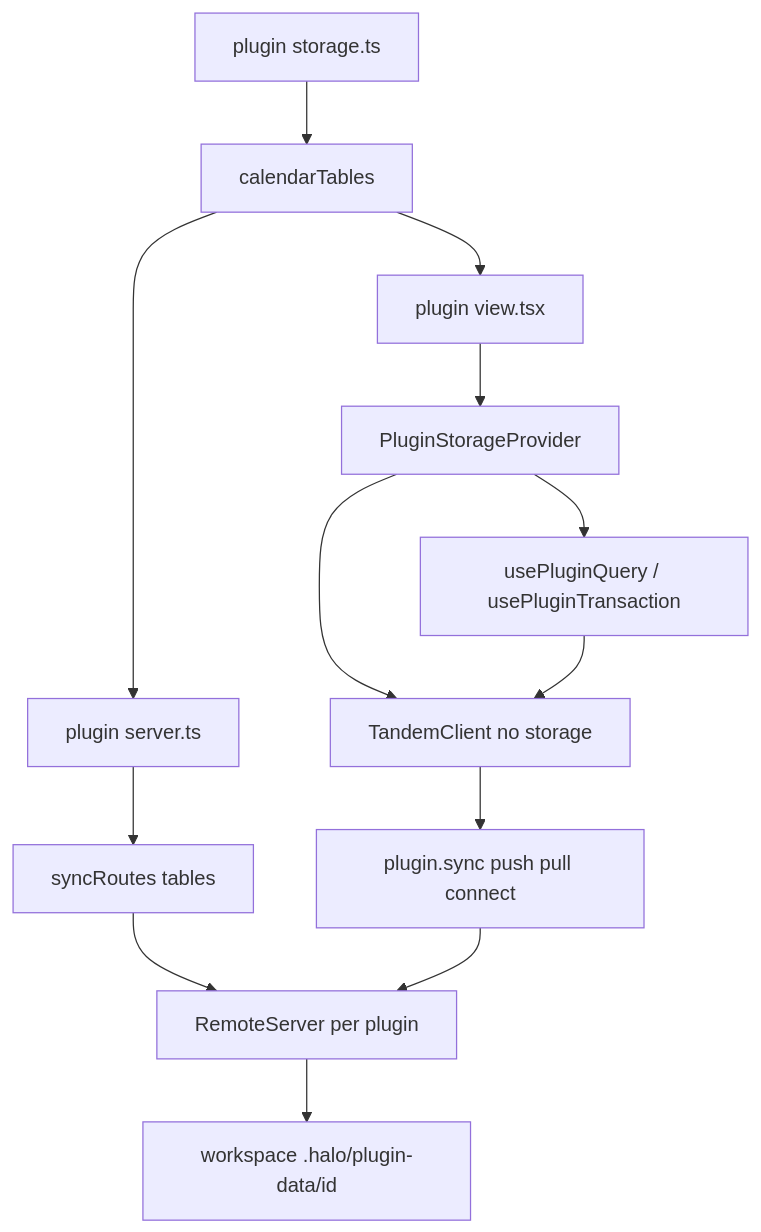
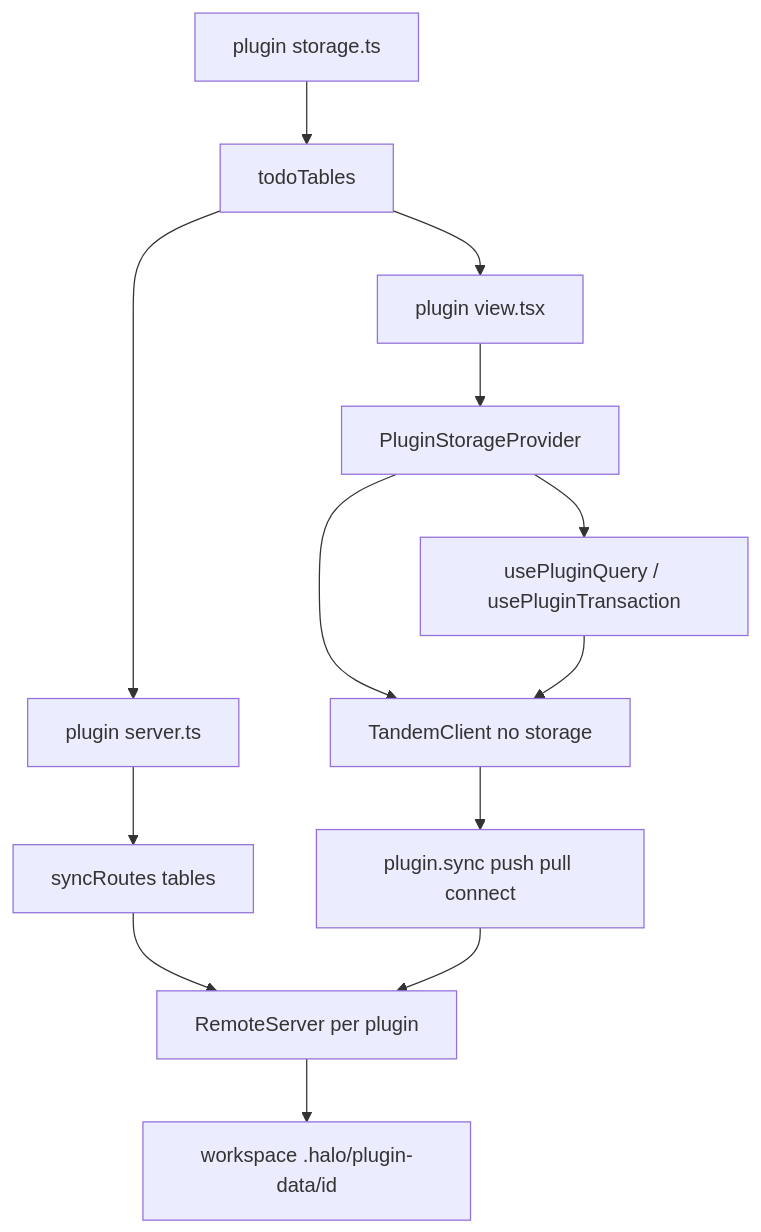
The first of 2 diagrams in specs/plugin-storage.md (tanishqkancharla/halo-v2), drawn with Mermaid before and after one commit. The commit also changed other lines of this file, not shown here.

First line of the commit message:
Teach the halo-plugin skill a todo app and test that Pi can build it.

````diff
--- a/specs/plugin-storage.md
+++ b/specs/plugin-storage.md
@@ -5,15 +5,15 @@
 ```mermaid
 flowchart TD
-  storageTs["plugin storage.ts"] --> tables["calendarTables"]
+  storageTs["plugin storage.ts"] --> tables["todoTables"]
   tables --> serverTs["plugin server.ts"]
   serverTs --> syncRoutesFn["syncRoutes tables"]
   syncRoutesFn --> remote["RemoteServer per plugin"]
   remote --> disk["workspace .halo/plugin-data/id"]
   tables --> viewTsx["plugin view.tsx"]
   viewTsx --> provider["PluginStorageProvider"]
   provider --> client["TandemClient no storage"]
   provider --> hooks["usePluginQuery / usePluginTransaction"]
   hooks --> client
   client --> orpcSync["plugin.sync push pull connect"]
   orpcSync --> remote
 ```
````
